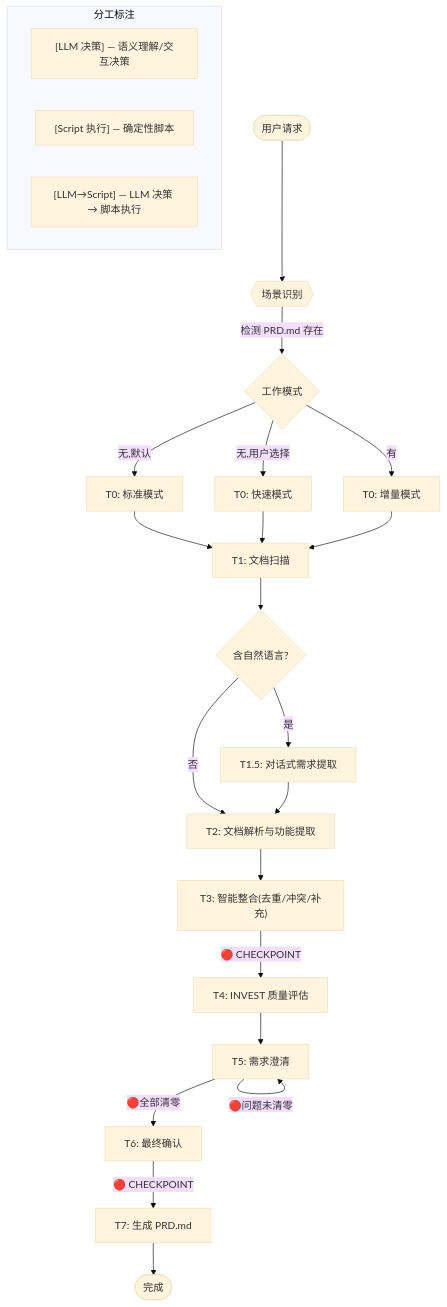
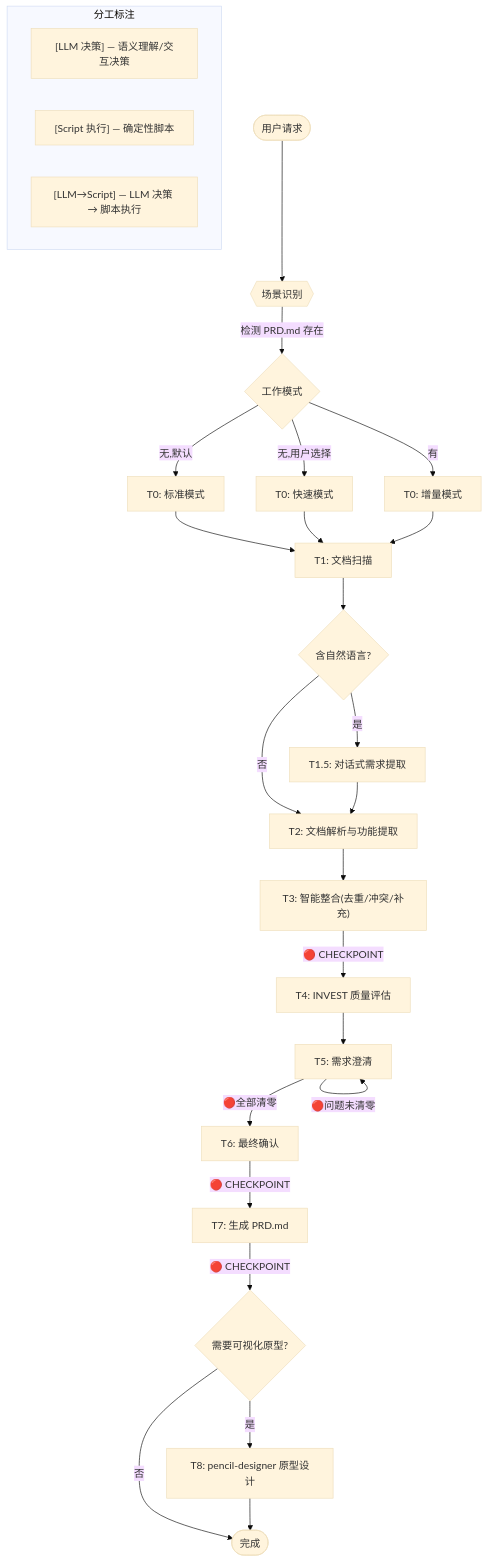
The diagram in SKILL.md (WikkyGao/requirement-analysis), drawn with Mermaid (base theme) before and after one commit. The commit also changed other lines of this file and 1 other file, not shown here.

Commit message:
optimize requirement-analysis: add pencil-designer optional flow (T8)

````diff
--- a/SKILL.md
+++ b/SKILL.md
@@ -16,31 +16,34 @@
 ```mermaid
 graph TD
     START([用户请求]) --> SR{{场景识别}}
     SR -->|检测 PRD.md 存在| Mode{工作模式}
     Mode -->|无,默认| T0_Std["T0: 标准模式"]
     Mode -->|无,用户选择| T0_Qk["T0: 快速模式"]
     Mode -->|有| T0_Inc["T0: 增量模式"]
 
     T0_Std --> T1["T1: 文档扫描"]
     T0_Qk --> T1
     T0_Inc --> T1
 
     T1 --> HasNL{含自然语言?}
     HasNL -->|是| T1_5["T1.5: 对话式需求提取"]
     HasNL -->|否| T2["T2: 文档解析与功能提取"]
     T1_5 --> T2
 
     T2 --> T3["T3: 智能整合(去重/冲突/补充)"]
     T3 -->|🔴 CHECKPOINT| T4["T4: INVEST 质量评估"]
     T4 --> T5["T5: 需求澄清"]
     T5 -->|🔴问题未清零| T5
     T5 -->|🔴全部清零| T6["T6: 最终确认"]
     T6 -->|🔴 CHECKPOINT| T7["T7: 生成 PRD.md"]
-    T7 --> END([完成])
+    T7 -->|🔴 CHECKPOINT| T8{"需要可视化原型?"}
+    T8 -->|是| T8_Execute["T8: pencil-designer 原型设计"]
+    T8 -->|否| END([完成])
+    T8_Execute --> END([完成])
 
     subgraph 分工标注
         LLM["[LLM 决策] — 语义理解/交互决策"]
         Script["[Script 执行] — 确定性脚本"]
         Mixed["[LLM→Script] — LLM 决策 → 脚本执行"]
     end
 ```
````
